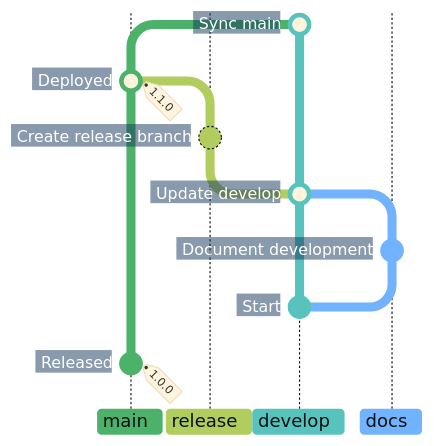
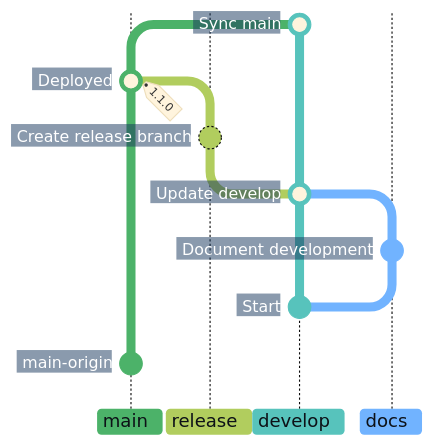
The fifth of 7 diagrams in docs/adr/cicd.md (superhero/operations.superduper.solutions), drawn with Mermaid before and after one commit.

Commit message:
docs: align plain main and develop starts in the docs graph

````diff
--- a/docs/adr/cicd.md
+++ b/docs/adr/cicd.md
@@ -188,26 +188,27 @@
 ```mermaid
-%%{init: {"theme": "base", "themeCSS": "line.branch { stroke: #8B949E; stroke-width: 1px; stroke-dasharray: 1 4; stroke-linecap: round; } .branchLabel, .tag-label { font-weight: 700; } .tag-label-bkg, .commit-label-bkg { opacity: 0.9; } .tag-label-bkg { fill: #B8E6C4; stroke: #8ED3A2; } .branchLabelBkg { opacity: 1; clip-path: inset(0 8px 0 0 round 4px) fill-box; } .commit-labels g:nth-last-of-type(-n+2) { visibility: hidden; } .commit-labels g { transform-box: fill-box; transform-origin: calc(100% + 17px) calc(50% + 2px); transform: rotate(-10deg); } .commit-label { font-weight: 700; transform: translateX(-8px); } .commit-label-bkg { stroke: #17365D; stroke-width: 20px; transform: translateX(-5px); clip-path: polygon(-4px -4px, calc(100% + 4px) -4px, calc(100% + 10px) 50%, calc(100% + 4px) calc(100% + 4px), -4px calc(100% + 4px)) fill-box; } .commit.branch { stroke: #B1CD5E; stroke-dasharray: none; }", "gitGraph": {"showCommitLabel": true, "rotateCommitLabel": false}, "themeVariables": {
+%%{init: {"theme": "base", "themeCSS": "line.branch { stroke: #8B949E; stroke-width: 1px; stroke-dasharray: 1 4; stroke-linecap: round; } .branchLabel, .tag-label { font-weight: 700; } .tag-label-bkg, .commit-label-bkg { opacity: 0.9; } .tag-label-bkg { fill: #B8E6C4; stroke: #8ED3A2; } .branchLabelBkg { opacity: 1; clip-path: inset(0 8px 0 0 round 4px) fill-box; } .commit-labels g:nth-last-of-type(-n+2), .commit.main-origin { visibility: hidden; } path.arrow2:not(.arrow2 ~ .arrow2) { filter: drop-shadow(0 50px 0 #57C3BC); } .commit-labels g { transform-box: fill-box; transform-origin: calc(100% + 17px) calc(50% + 2px); transform: rotate(-10deg); } .commit-label { font-weight: 700; transform: translateX(-8px); } .commit-label-bkg { stroke: #17365D; stroke-width: 20px; transform: translateX(-5px); clip-path: polygon(-4px -4px, calc(100% + 4px) -4px, calc(100% + 10px) 50%, calc(100% + 4px) calc(100% + 4px), -4px calc(100% + 4px)) fill-box; } .commit.branch { stroke: #B1CD5E; stroke-dasharray: none; }", "gitGraph": {"showCommitLabel": true, "rotateCommitLabel": false}, "themeVariables": {
     "commitLabelFontSize": "14px", "commitLabelColor": "#FFFFFF", "commitLabelBackground": "#17365D",
     "git0": "#4CB269", "gitBranchLabel0": "#0D1117",
     "git1": "#B1CD5E", "gitBranchLabel1": "#0D1117",
     "git2": "#57C3BC", "gitBranchLabel2": "#0D1117",
     "git3": "#71B3FF", "gitBranchLabel3": "#0D1117"
 }}}%%
 gitGraph BT:
     %% Show existing main and develop lanes with earlier ancestry and initial notes omitted.
     branch develop order: 2
     checkout main
-    commit id: "Released" tag: "1.0.0"
+    %% Hide the main marker; extend develop by 50px below its visible docs fork to align the starts.
+    commit id: "main-origin"
     checkout develop
     commit id: "Start"
     branch docs order: 3
     commit id: "Document development"
     checkout develop
     merge docs id: "Update develop"
     branch release order: 1
     commit id: "Create release branch"
     checkout main
     merge release id: "Deployed" tag: "1.1.0"
     checkout develop
     merge main id: "Sync main"
 ```
````
